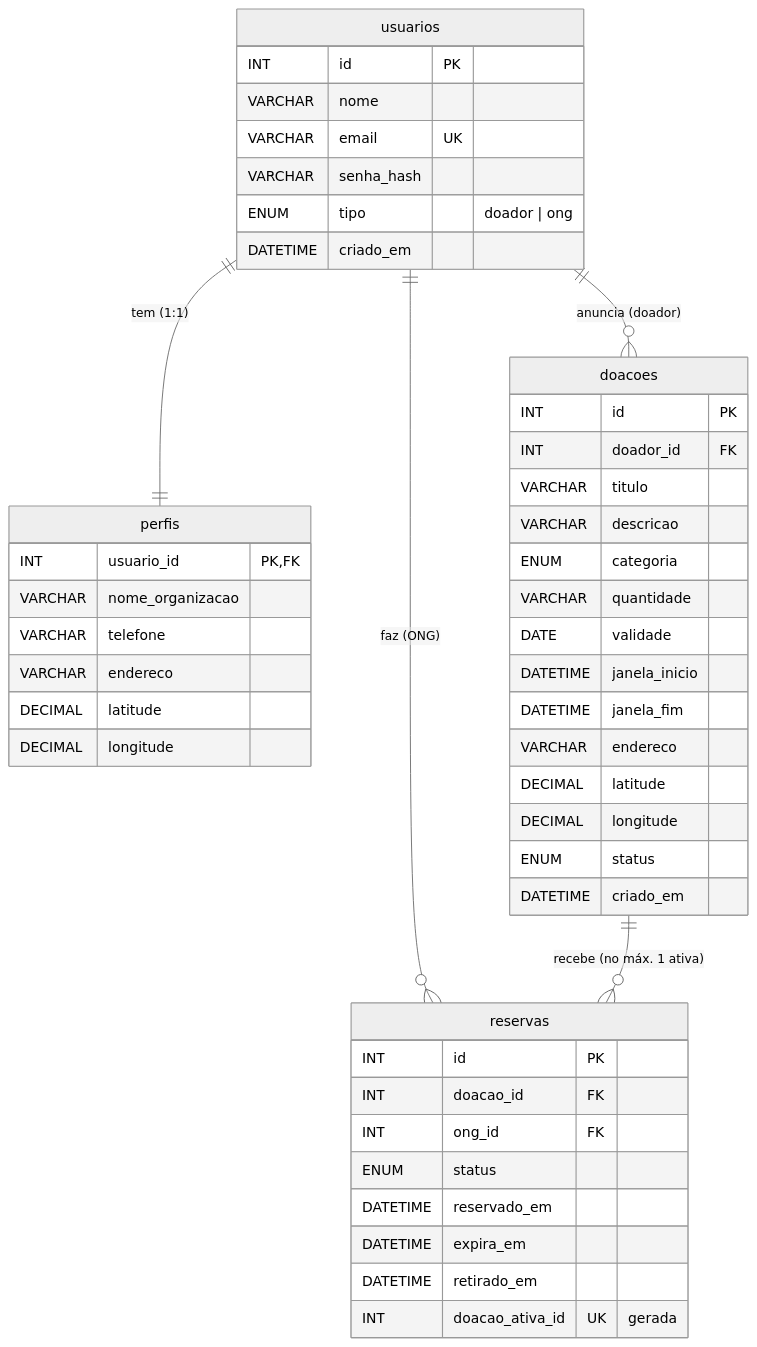
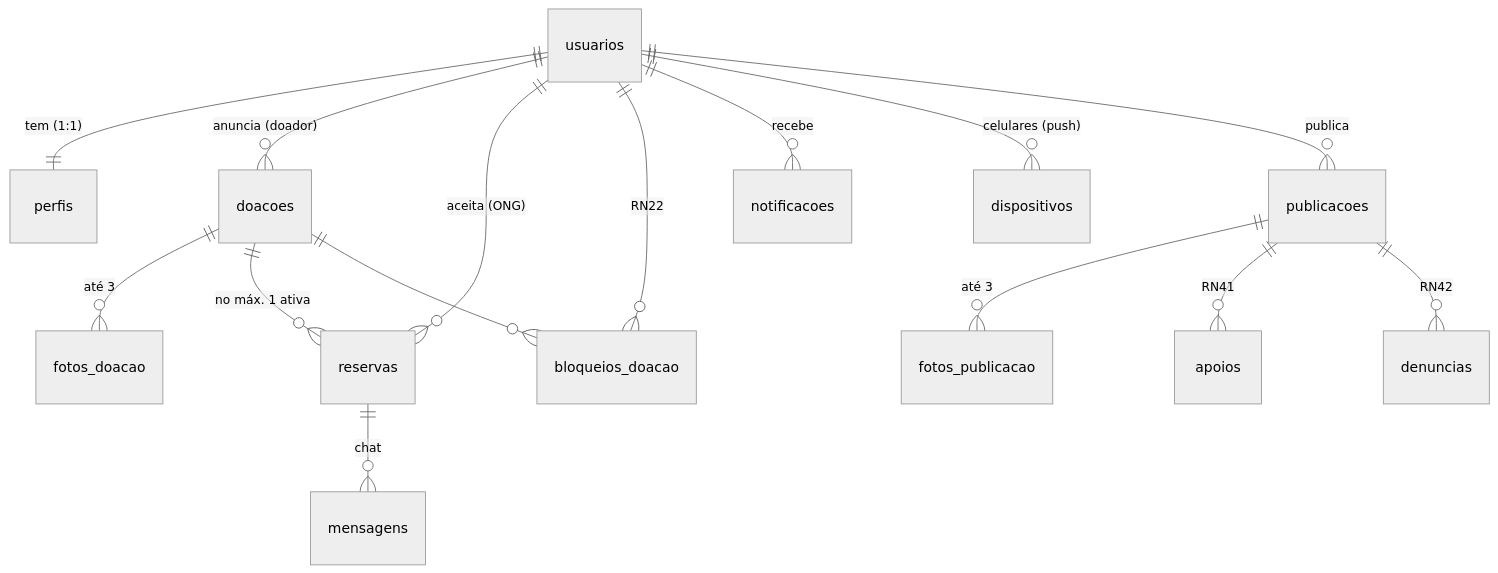
The first of 3 diagrams in docs/07-banco-de-dados.md (PedroCarmo01/doacao-alimentos), drawn with Mermaid (neutral theme) before and after one commit. The commit also changed other lines of this file and 115 other files, not shown here.

````diff
--- a/docs/07-banco-de-dados.md
+++ b/docs/07-banco-de-dados.md
@@ -13,50 +15,17 @@
 ```mermaid
 erDiagram
     usuarios ||--|| perfis : "tem (1:1)"
     usuarios ||--o{ doacoes : "anuncia (doador)"
-    usuarios ||--o{ reservas : "faz (ONG)"
-    doacoes ||--o{ reservas : "recebe (no máx. 1 ativa)"
-
-    usuarios {
-      INT id PK
-      VARCHAR nome
-      VARCHAR email UK
-      VARCHAR senha_hash
-      ENUM tipo "doador | ong"
-      DATETIME criado_em
-    }
-    perfis {
-      INT usuario_id PK,FK
-      VARCHAR nome_organizacao
-      VARCHAR telefone
-      VARCHAR endereco
-      DECIMAL latitude
-      DECIMAL longitude
-    }
-    doacoes {
-      INT id PK
-      INT doador_id FK
-      VARCHAR titulo
-      VARCHAR descricao
-      ENUM categoria
-      VARCHAR quantidade
-      DATE validade
-      DATETIME janela_inicio
-      DATETIME janela_fim
-      VARCHAR endereco
-      DECIMAL latitude
-      DECIMAL longitude
-      ENUM status
-      DATETIME criado_em
-    }
-    reservas {
-      INT id PK
-      INT doacao_id FK
-      INT ong_id FK
-      ENUM status
-      DATETIME reservado_em
-      DATETIME expira_em
-      DATETIME retirado_em
-      INT doacao_ativa_id UK "gerada"
-    }
+    doacoes ||--o{ fotos_doacao : "até 3"
+    usuarios ||--o{ reservas : "aceita (ONG)"
+    doacoes ||--o{ reservas : "no máx. 1 ativa"
+    usuarios ||--o{ bloqueios_doacao : "RN22"
+    doacoes ||--o{ bloqueios_doacao : ""
+    usuarios ||--o{ notificacoes : "recebe"
+    usuarios ||--o{ dispositivos : "celulares (push)"
+    reservas ||--o{ mensagens : "chat"
+    usuarios ||--o{ publicacoes : "publica"
+    publicacoes ||--o{ fotos_publicacao : "até 3"
+    publicacoes ||--o{ apoios : "RN41"
+    publicacoes ||--o{ denuncias : "RN42"
 ```
````
